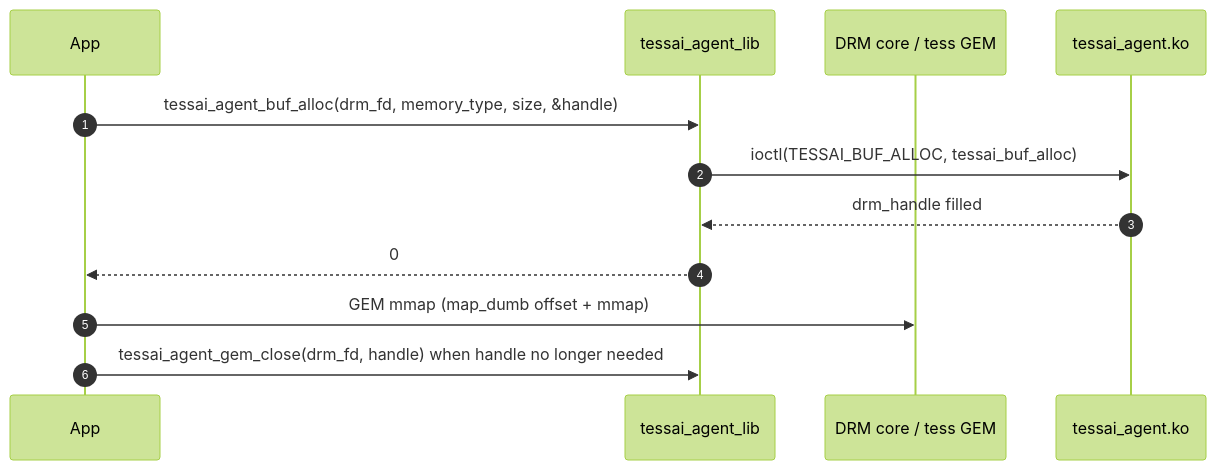
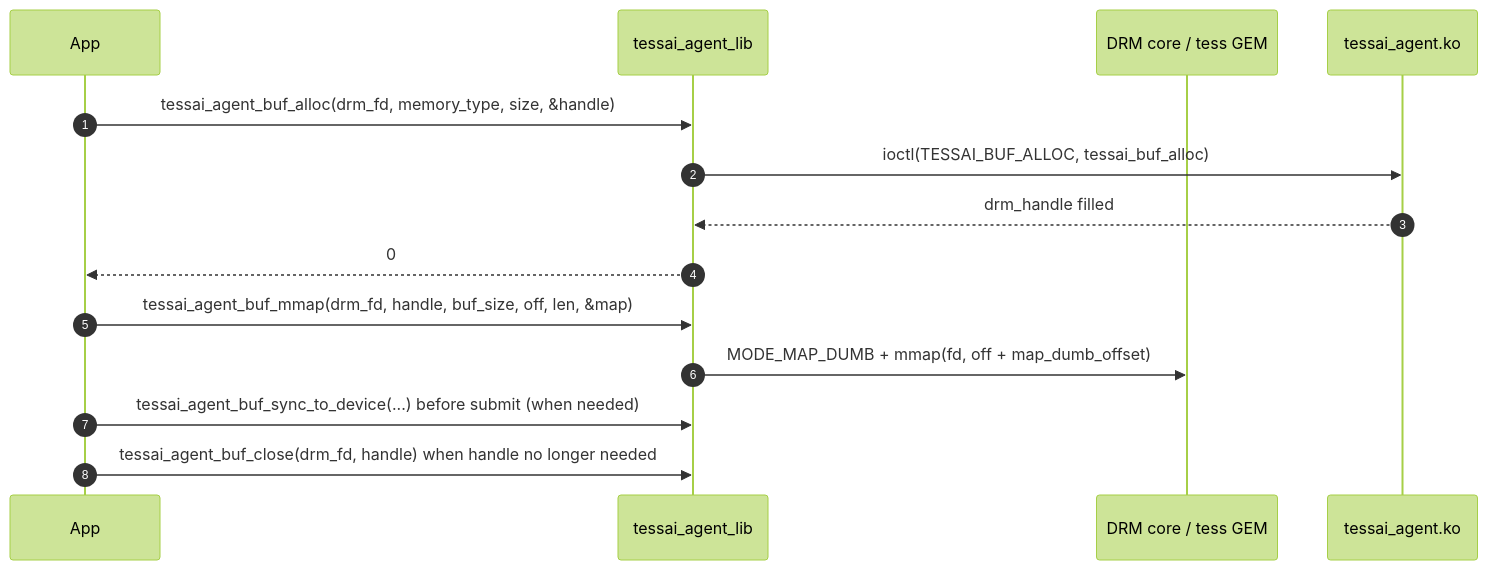
Before and after one commit to Xilinx/amdrnpu: the first of 3 diagrams in docs/lib-userspace-flow.md, drawn with Mermaid (forest theme). The commit also changed other lines of this file and 4 other files, not shown here.

First line of the commit message:
docs: tessai-agent protocol, buffers, and CMA pool usage

````diff
--- a/docs/lib-userspace-flow.md
+++ b/docs/lib-userspace-flow.md
@@ -33,16 +39,18 @@
 ```mermaid
 sequenceDiagram
     autonumber
     participant App
     participant Lib as tessai_agent_lib
     participant DRM as DRM core / tess GEM
     participant K as tessai_agent.ko
 
     App->>Lib: tessai_agent_buf_alloc(drm_fd, memory_type, size, &handle)
     Lib->>K: ioctl(TESSAI_BUF_ALLOC, tessai_buf_alloc)
     K-->>Lib: drm_handle filled
     Lib-->>App: 0
 
-    App->>DRM: GEM mmap (map_dumb offset + mmap)
-    App->>Lib: tessai_agent_gem_close(drm_fd, handle) when handle no longer needed
+    App->>Lib: tessai_agent_buf_mmap(drm_fd, handle, buf_size, off, len, &map)
+    Lib->>DRM: MODE_MAP_DUMB + mmap(fd, off + map_dumb_offset)
+    App->>Lib: tessai_agent_buf_sync_to_device(...) before submit (when needed)
+    App->>Lib: tessai_agent_buf_close(drm_fd, handle) when handle no longer needed
 ```
````
